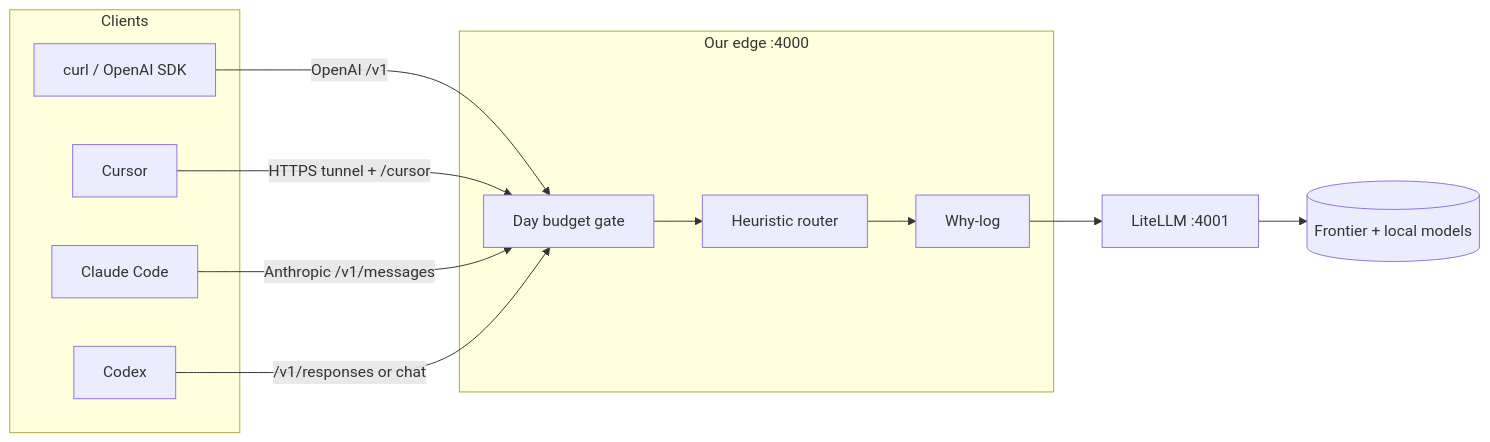
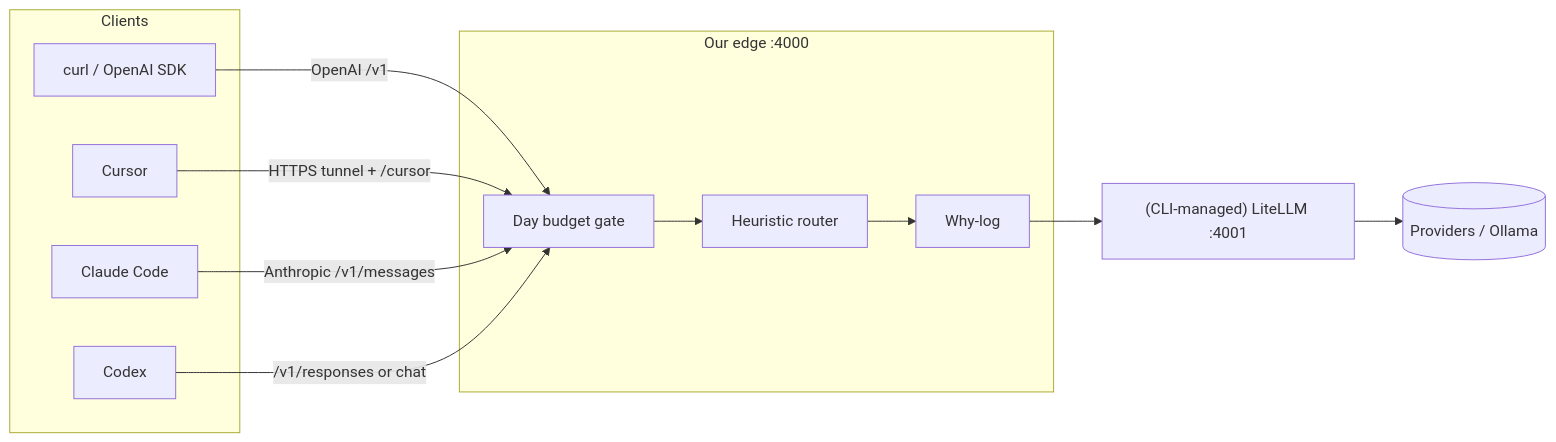
The diagram in README.md (sarjeet2013/harbor-ai-gateway), drawn with Mermaid before and after one commit. The commit also changed other lines of this file and 4 other files, not shown here.

First line of the commit message:
docs: align README/architecture/RUN_OLLAMA with CLI and gateway.yaml

````diff
--- a/README.md
+++ b/README.md
@@ -17,25 +17,25 @@
 ```mermaid
 flowchart LR
   subgraph clients [Clients]
     CURL[curl / OpenAI SDK]
     CURSOR[Cursor]
     CC[Claude Code]
     CODEX[Codex]
   end
 
   subgraph edge [Our edge :4000]
     BUDGET[Day budget gate]
     ROUTER[Heuristic router]
     WHY[Why-log]
   end
 
-  LITELLM[LiteLLM :4001]
-  UP[(Frontier + local models)]
+  LITELLM["(CLI-managed) LiteLLM :4001"]
+  UP[(Providers / Ollama)]
 
   CURL -->|OpenAI /v1| BUDGET
   CURSOR -->|HTTPS tunnel + /cursor| BUDGET
   CC -->|Anthropic /v1/messages| BUDGET
   CODEX -->|/v1/responses or chat| BUDGET
 
   BUDGET --> ROUTER --> WHY --> LITELLM --> UP
 ```
````
